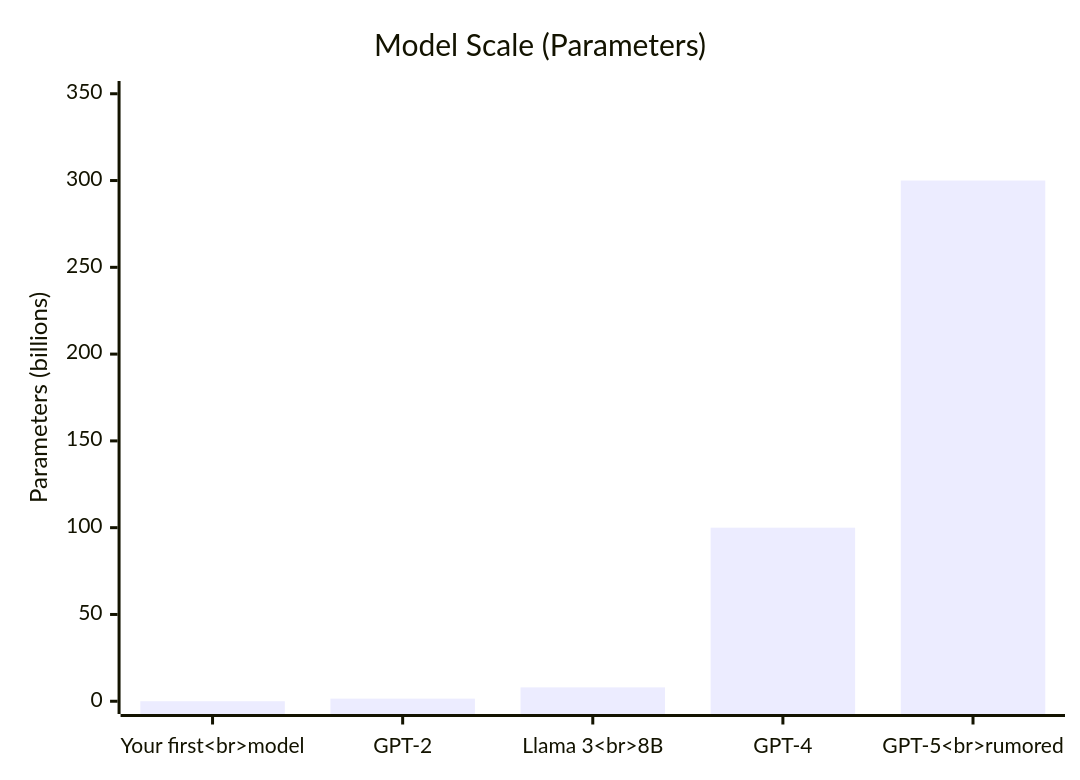
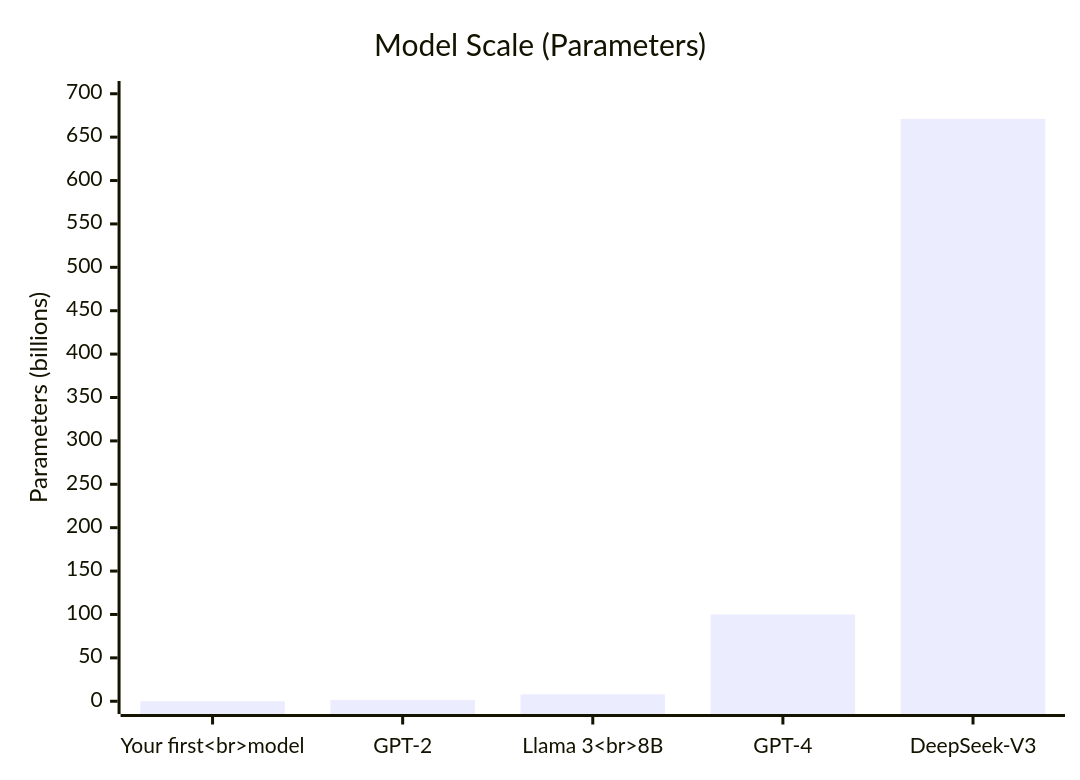
The third of 3 diagrams in curriculum/00-how-llms-work.md (Michael-Nguyen36/LLM), drawn with Mermaid before and after one commit. The commit also changed other lines of this file and 23 other files, not shown here.

````diff
--- a/curriculum/00-how-llms-work.md
+++ b/curriculum/00-how-llms-work.md
@@ -85,7 +85,7 @@
 ```mermaid
 xychart-beta
     title "Model Scale (Parameters)"
-    x-axis ["Your first<br/>model", "GPT-2", "Llama 3<br/>8B", "GPT-4", "GPT-5<br/>rumored"]
-    y-axis "Parameters (billions)" 0 --> 350
-    bar [0.005, 1.5, 8, 100, 300]
+    x-axis ["Your first<br/>model", "GPT-2", "Llama 3<br/>8B", "GPT-4", "DeepSeek-V3"]
+    y-axis "Parameters (billions)" 0 --> 700
+    bar [0.005, 1.5, 8, 100, 671]
 ```
````
